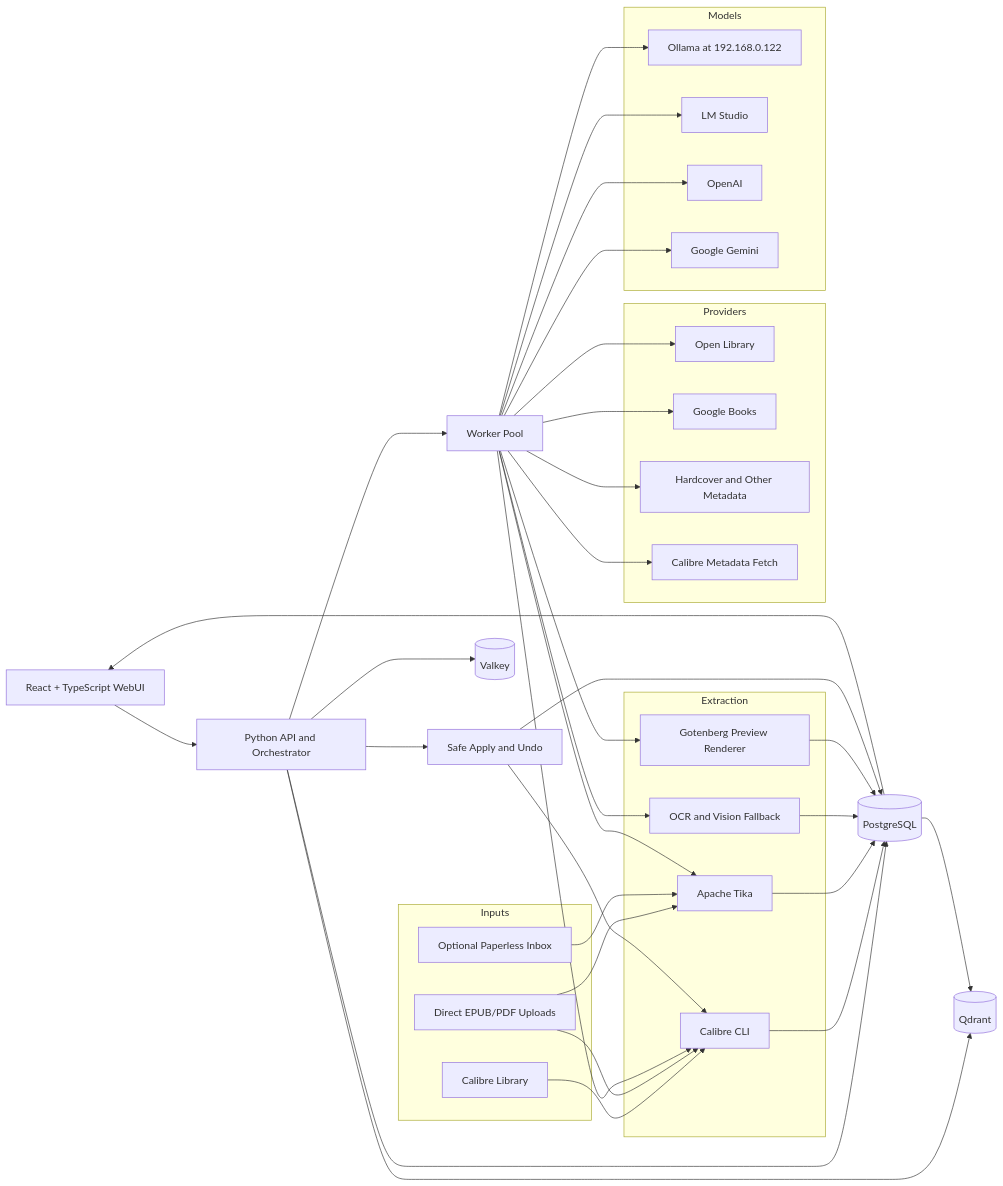
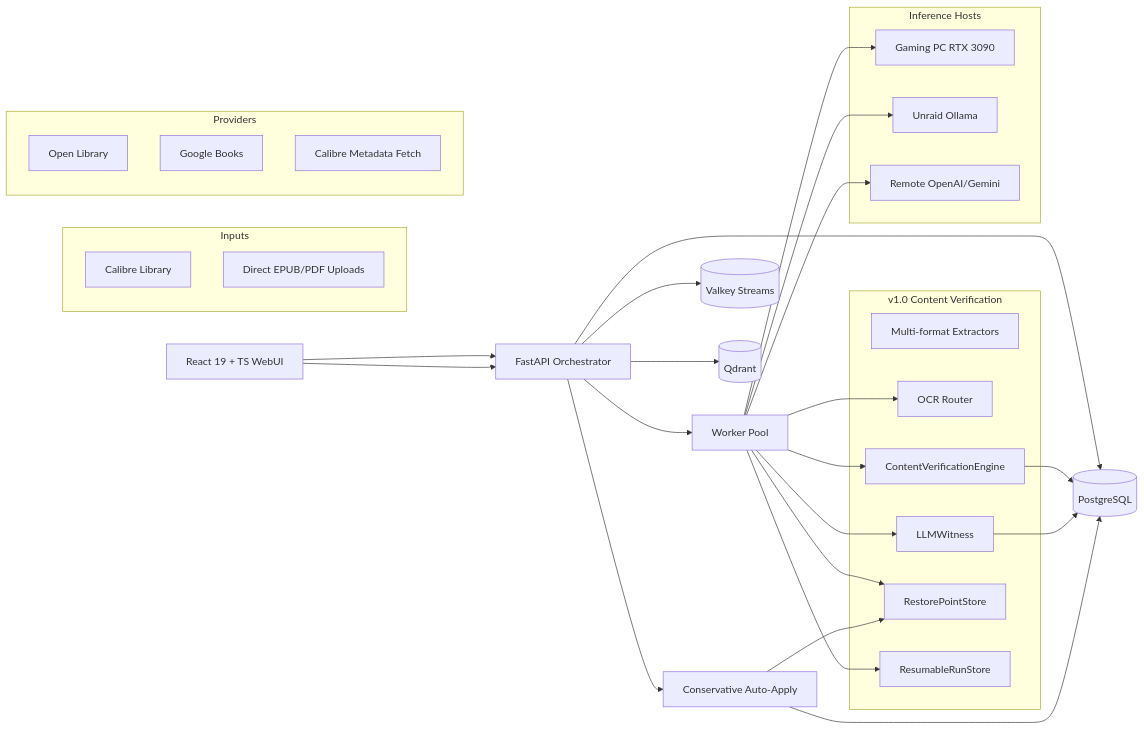
Before and after one commit to felixapel/calibre-bookwarden: the diagram in ARCHITECTURE.md, drawn with Mermaid. The commit also changed other lines of this file and 12 other files, not shown here.

````diff
--- a/ARCHITECTURE.md
+++ b/ARCHITECTURE.md
@@ -24,74 +33,55 @@
 ```mermaid
 flowchart LR
-    U[React + TypeScript WebUI]
-    API[Python API and Orchestrator]
-    W[Worker Pool]
-    PG[(PostgreSQL)]
-    VK[(Valkey)]
-    QD[(Qdrant)]
+  U[React 19 + TS WebUI]
+  API[FastAPI Orchestrator]
+  W[Worker Pool]
+  PG[(PostgreSQL)]
+  VK[(Valkey Streams)]
+  QD[(Qdrant)]
 
-    subgraph Inputs
-      LIB[Calibre Library]
-      FILES[Direct EPUB/PDF Uploads]
-      DOCS[Optional Paperless Inbox]
-    end
+  subgraph Inputs
+    LIB[Calibre Library]
+    FILES[Direct EPUB/PDF Uploads]
+  end
 
-    subgraph Extraction
-      CAL[Calibre CLI]
-      TIKA[Apache Tika]
-      OCR[OCR and Vision Fallback]
-      GOT[Gotenberg Preview Renderer]
-    end
+  subgraph "v1.0 Content Verification"
+    EXT[Multi-format Extractors]
+    OCRR[OCR Router]
+    ENG[ContentVerificationEngine]
+    WIT[LLMWitness]
+    RP[RestorePointStore]
+    RR[ResumableRunStore]
+  end
 
-    subgraph Providers
-      OL[Open Library]
-      GB[Google Books]
-      HC[Hardcover and Other Metadata]
-      CF[Calibre Metadata Fetch]
-    end
+  subgraph Providers
+    OL[Open Library]
+    GB[Google Books]
+    CF[Calibre Metadata Fetch]
+  end
 
-    subgraph Models
-      OLL[Ollama at 192.168.0.122]
-      LMS[LM Studio]
-      OAI[OpenAI]
-      GEM[Google Gemini]
-    end
+  subgraph "Inference Hosts"
+    H1[Gaming PC RTX 3090]
+    H2[Unraid Ollama]
+    H3[Remote OpenAI/Gemini]
+  end
 
-    U --> API
-    API --> PG
-    API --> VK
-    API --> QD
-    API --> W
-
-    LIB --> CAL
-    FILES --> CAL
-    FILES --> TIKA
-    DOCS --> TIKA
-
-    W --> CAL
-    W --> TIKA
-    W --> OCR
-    W --> GOT
-
-    W --> OL
-    W --> GB
-    W --> HC
-    W --> CF
-
-    W --> OLL
-    W --> LMS
-    W --> OAI
-    W --> GEM
-
-    CAL --> PG
-    TIKA --> PG
-    OCR --> PG
-    GOT --> PG
-
-    PG --> QD
-    PG --> U
-
-    API --> APPLY[Safe Apply and Undo]
-    APPLY --> CAL
-    APPLY --> PG
+  U --> API
+  API --> W
+  W --> ENG
+  W --> OCRR
+  W --> WIT
+  W --> RR
+  API --> PG
+  API --> VK
+  API --> QD
+  W --> H1
+  W --> H2
+  W --> H3
+  W --> RP
+  ENG --> PG
+  WIT --> PG
+  U --> API
+  API --> APPLY[Conservative Auto-Apply]
+  APPLY --> RP
+  APPLY --> PG
 ```
````
